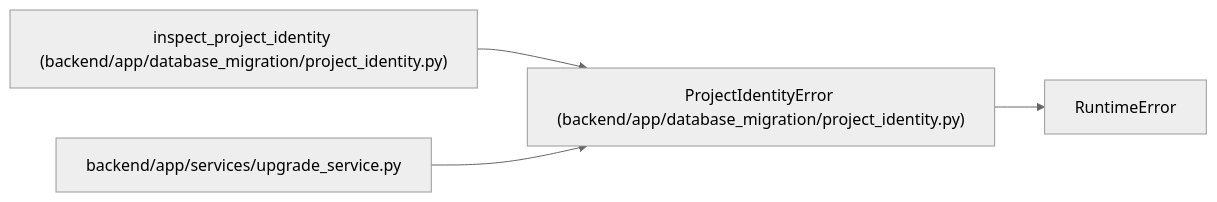
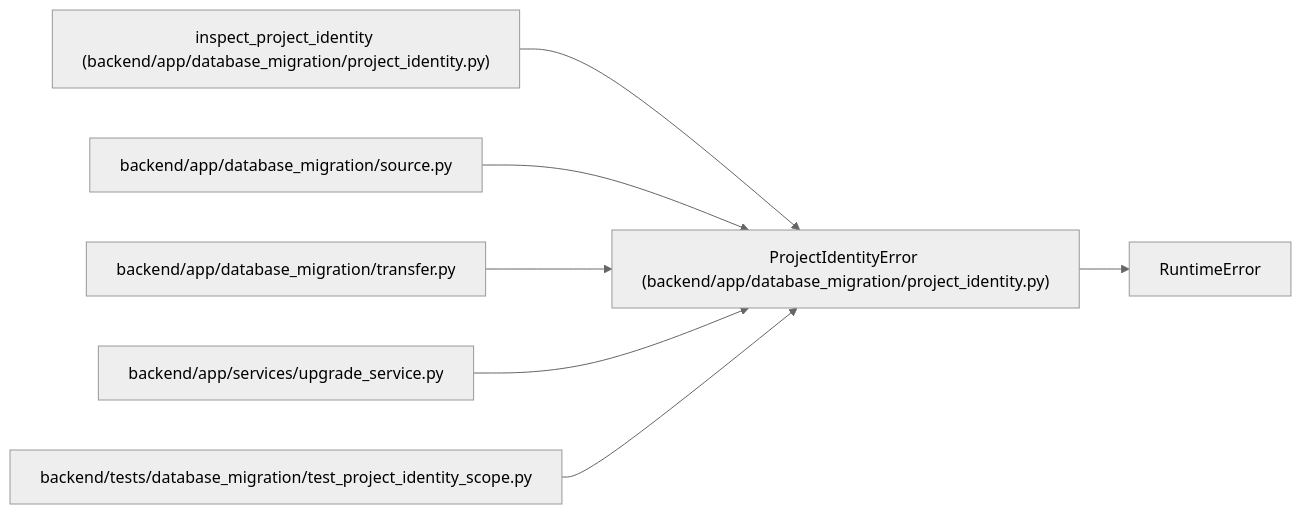
Before and after one commit to Denissvgn/WorkChord: the diagram in docs/llm_wiki/entities/ProjectIdentityError.md, drawn with Mermaid (neutral theme). The commit also changed other lines of this file and 305 other files, not shown here.

Commit message:
docs(wiki): document retained scope and verified transfer floors

````diff
--- a/docs/llm_wiki/entities/ProjectIdentityError.md
+++ b/docs/llm_wiki/entities/ProjectIdentityError.md
@@ -26,13 +26,22 @@
 ```mermaid
 flowchart LR
     n0["ProjectIdentityError (backend/app/database_migration/project_identity.py)"]
     n1["RuntimeError"]
     n2["inspect_project_identity (backend/app/database_migration/project_identity.py)"]
-    n3["backend/app/services/upgrade_service.py"]
+    n3["backend/app/database_migration/source.py"]
+    n4["backend/app/database_migration/transfer.py"]
+    n5["backend/app/services/upgrade_service.py"]
+    n6["backend/tests/database_migration/test_project_identity_scope.py"]
     n0 --> n1
     n2 --> n0
     n3 --> n0
+    n4 --> n0
+    n5 --> n0
+    n6 --> n0
     click n0 "../modules/project_identity.md"
     click n2 "../modules/project_identity.md"
-    click n3 "../modules/upgrade_service.md"
+    click n3 "../modules/source.md"
+    click n4 "../modules/transfer.md"
+    click n5 "../modules/upgrade_service.md"
+    click n6 "../modules/test_project_identity_scope.md"
 ```
````
